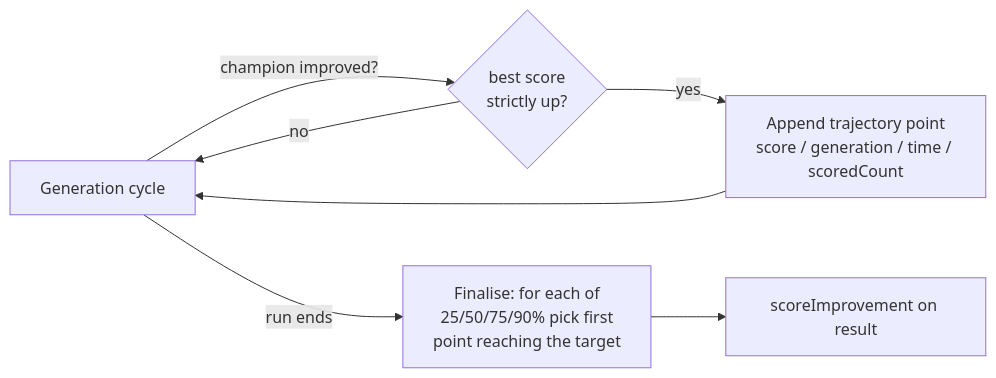
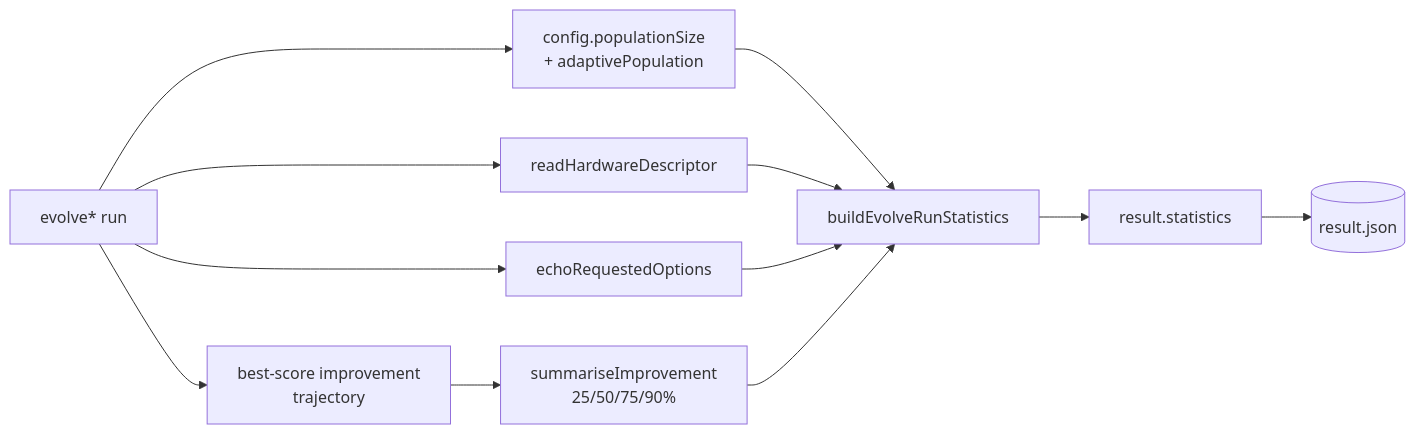
The diagram in docs/archive/pr-summaries/pr-summary-3422.md (stSoftwareAU/NEAT-AI), drawn with Mermaid before and after one commit. The commit also changed other lines of this file, not shown here.

First line of the commit message:
docs: PR summary for evolve run statistics (Issue #3422)

````diff
--- a/docs/archive/pr-summaries/pr-summary-3422.md
+++ b/docs/archive/pr-summaries/pr-summary-3422.md
@@ -61,9 +42,14 @@
 ```mermaid
 flowchart LR
-    Gen[Generation cycle] -->|champion improved?| Rec{best score<br/>strictly up?}
-    Rec -- no --> Gen
-    Rec -- yes --> Point[Append trajectory point<br/>score / generation / time / scoredCount]
-    Point --> Gen
-    Gen -->|run ends| Fin[Finalise: for each of<br/>25/50/75/90% pick first<br/>point reaching the target]
-    Fin --> Out[scoreImprovement on result]
+    Run[evolve* run] --> Cfg[config.populationSize<br/>+ adaptivePopulation]
+    Run --> HW[readHardwareDescriptor]
+    Run --> Echo[echoRequestedOptions]
+    Run --> Traj[best-score improvement<br/>trajectory]
+    Traj --> Sum[summariseImprovement<br/>25/50/75/90%]
+    Cfg --> B[buildEvolveRunStatistics]
+    HW --> B
+    Echo --> B
+    Sum --> B
+    B --> Stats[result.statistics]
+    Stats --> RJ[(result.json)]
 ```
````
